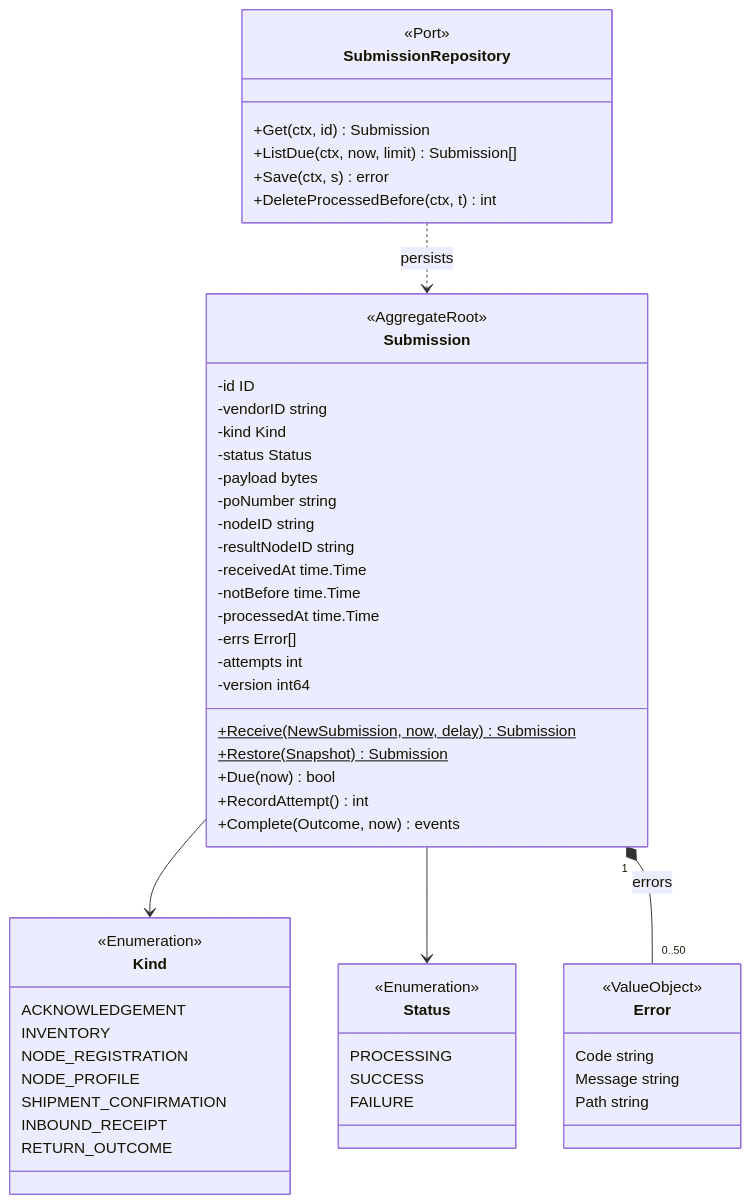
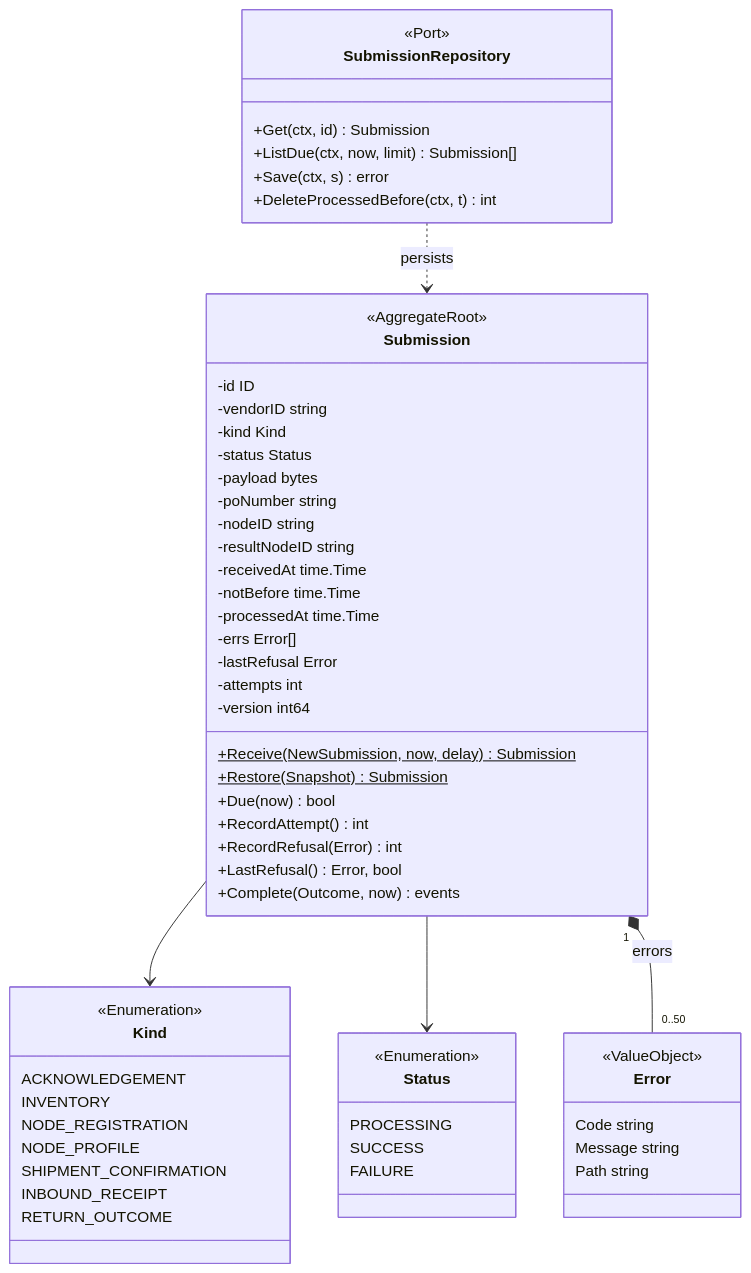
Before and after one commit to IQVO/vendor-connectivity: the third of 7 diagrams in docs/docs/ddd/class-diagram.md, drawn with Mermaid. The commit also changed 36 other files, not shown here.

````diff
--- a/docs/docs/ddd/class-diagram.md
+++ b/docs/docs/ddd/class-diagram.md
@@ -174,59 +174,62 @@
 ```mermaid
 classDiagram
     direction TB
     class Submission {
         <<AggregateRoot>>
         -id ID
         -vendorID string
         -kind Kind
         -status Status
         -payload bytes
         -poNumber string
         -nodeID string
         -resultNodeID string
         -receivedAt time.Time
         -notBefore time.Time
         -processedAt time.Time
         -errs Error[]
+        -lastRefusal Error
         -attempts int
         -version int64
         +Receive(NewSubmission, now, delay)$ Submission
         +Restore(Snapshot)$ Submission
         +Due(now) bool
         +RecordAttempt() int
+        +RecordRefusal(Error) int
+        +LastRefusal() Error, bool
         +Complete(Outcome, now) events
     }
     class Kind {
         <<Enumeration>>
         ACKNOWLEDGEMENT
         INVENTORY
         NODE_REGISTRATION
         NODE_PROFILE
         SHIPMENT_CONFIRMATION
         INBOUND_RECEIPT
         RETURN_OUTCOME
     }
     class Status {
         <<Enumeration>>
         PROCESSING
         SUCCESS
         FAILURE
     }
     class Error {
         <<ValueObject>>
         Code string
         Message string
         Path string
     }
     class SubmissionRepository {
         <<Port>>
         +Get(ctx, id) Submission
         +ListDue(ctx, now, limit) Submission[]
         +Save(ctx, s) error
         +DeleteProcessedBefore(ctx, t) int
     }
     Submission --> Kind
     Submission --> Status
     Submission "1" *-- "0..50" Error : errors
     SubmissionRepository ..> Submission : persists
 ```
````
